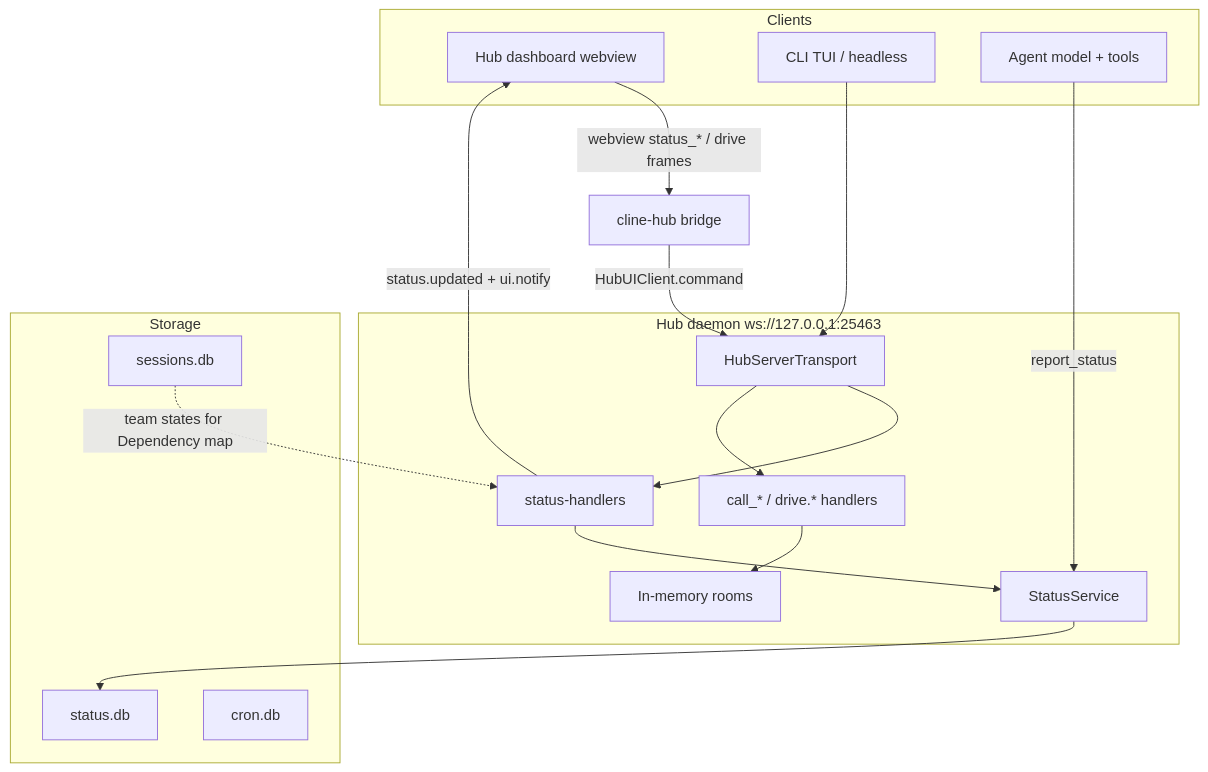
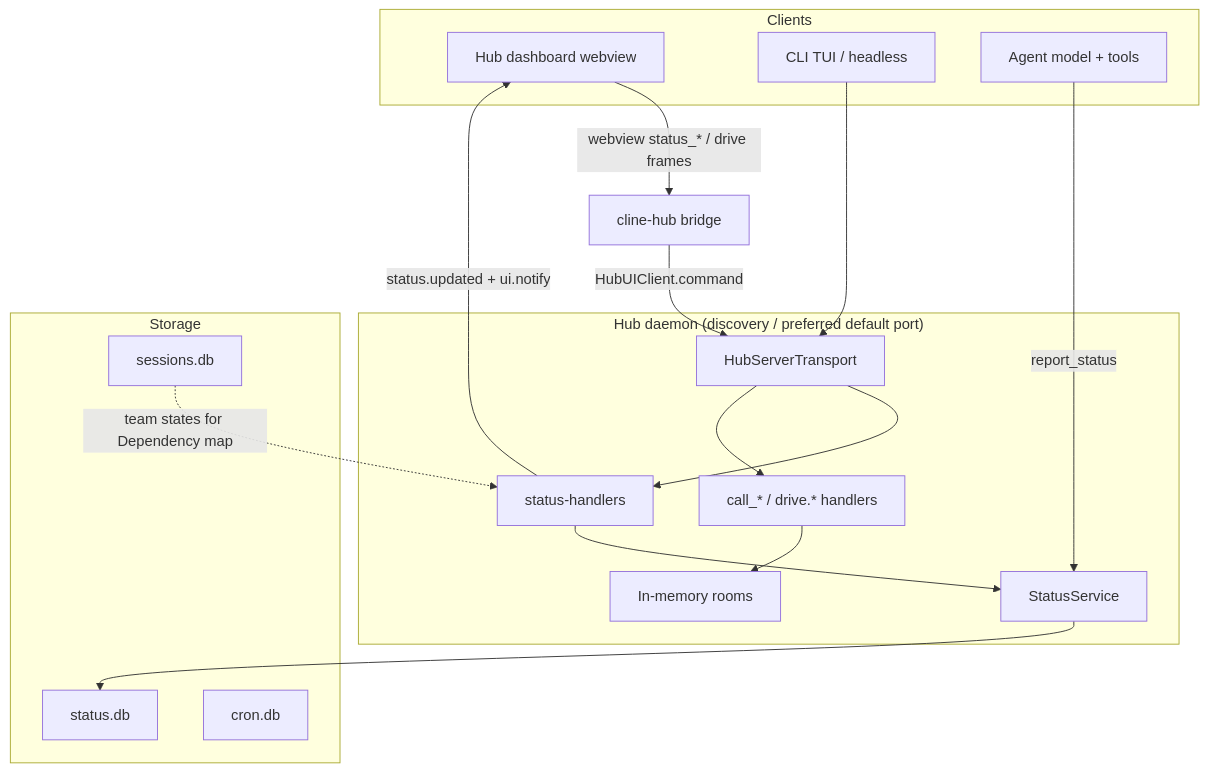
One commit to drive-mode/cline-drivecode changed the first of 5 diagrams in docs/drivecode/reference/architecture.md. Above: the diagram before and after it, drawn with Mermaid. The commit also changed other lines of this file and 132 other files, not shown here.

````diff
--- a/docs/drivecode/reference/architecture.md
+++ b/docs/drivecode/reference/architecture.md
@@ -24,31 +24,31 @@
 ```mermaid
 flowchart TB
   subgraph Clients
     Browser["Hub dashboard webview"]
     CLI["CLI TUI / headless"]
     Agents["Agent model + tools"]
   end
 
-  subgraph HubDaemon["Hub daemon ws://127.0.0.1:25463"]
+  subgraph HubDaemon["Hub daemon (discovery / preferred default port)"]
     Transport["HubServerTransport"]
     StatusHandlers["status-handlers"]
     CallHandlers["call_* / drive.* handlers"]
     StatusSvc["StatusService"]
     Rooms["In-memory rooms"]
   end
 
   subgraph Storage
     StatusDB["status.db"]
     SessionsDB["sessions.db"]
     CronDB["cron.db"]
   end
 
   Browser -->|"webview status_* / drive frames"| HubBridge["cline-hub bridge"]
   HubBridge -->|"HubUIClient.command"| Transport
   CLI --> Transport
   Agents -->|"report_status"| StatusSvc
   Transport --> StatusHandlers --> StatusSvc --> StatusDB
   Transport --> CallHandlers --> Rooms
   StatusHandlers -->|"status.updated + ui.notify"| Browser
   SessionsDB -.->|"team states for Dependency map"| StatusHandlers
 ```
````
